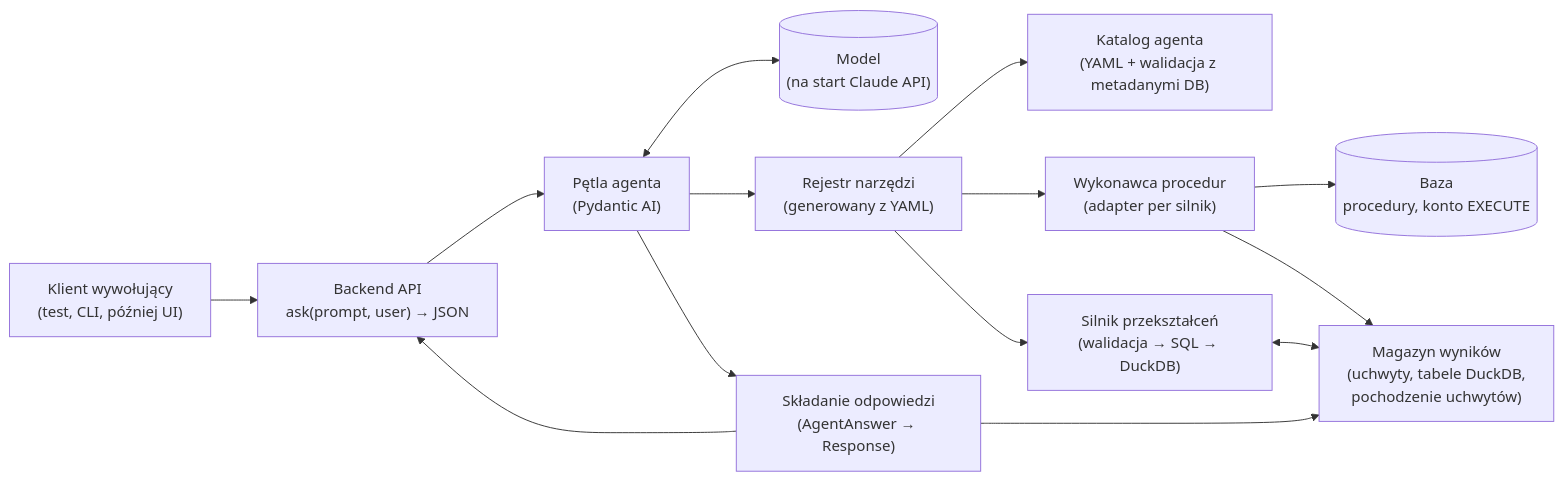
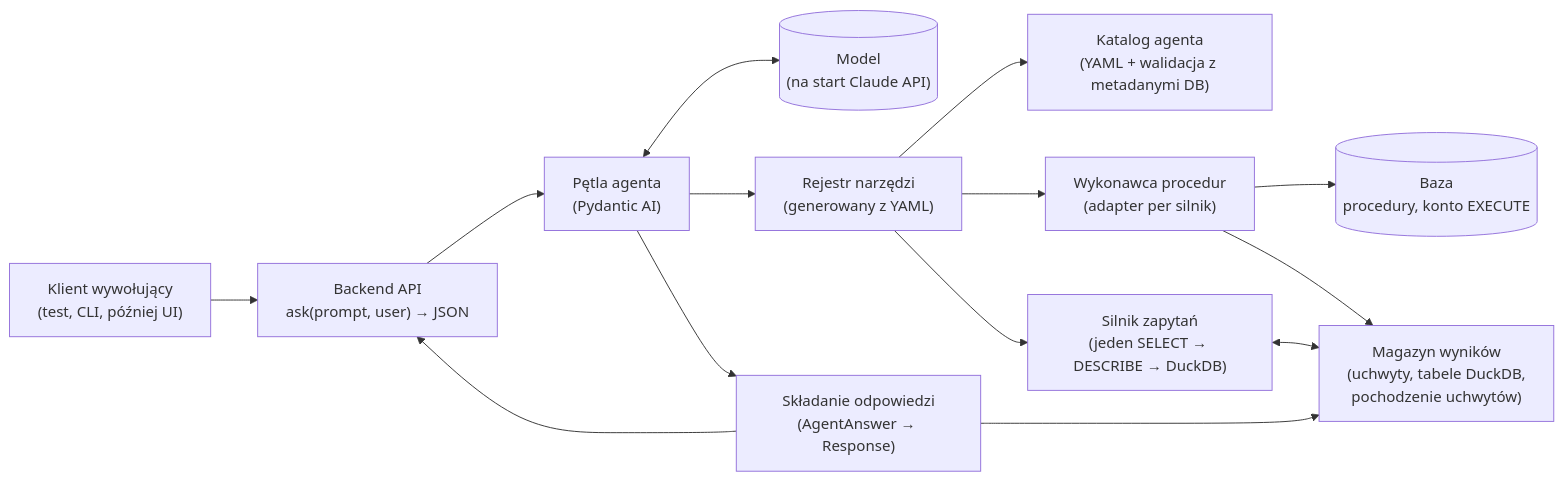
Before and after one commit to Pigula1984/data-concierge: the first of 2 diagrams in docs/architecture/001-architektura-data-concierge.md, drawn with Mermaid. The commit also changed other lines of this file and 33 other files, not shown here.

````diff
--- a/docs/architecture/001-architektura-data-concierge.md
+++ b/docs/architecture/001-architektura-data-concierge.md
@@ -63,25 +68,25 @@
 ```mermaid
 flowchart LR
     C["Klient wywołujący<br/>(test, CLI, później UI)"]
     API["Backend API<br/>ask(prompt, user) → JSON"]
     LOOP["Pętla agenta<br/>(Pydantic AI)"]
     LLM[("Model<br/>(na start Claude API)")]
     REG["Rejestr narzędzi<br/>(generowany z YAML)"]
     CAT["Katalog agenta<br/>(YAML + walidacja z metadanymi DB)"]
     EXE["Wykonawca procedur<br/>(adapter per silnik)"]
     DB[("Baza<br/>procedury, konto EXECUTE")]
     RS["Magazyn wyników<br/>(uchwyty, tabele DuckDB,<br/>pochodzenie uchwytów)"]
-    TR["Silnik przekształceń<br/>(walidacja → SQL → DuckDB)"]
+    QE["Silnik zapytań<br/>(jeden SELECT → DESCRIBE → DuckDB)"]
     OUT["Składanie odpowiedzi<br/>(AgentAnswer → Response)"]
 
     C --> API --> LOOP
     LOOP <--> LLM
     LOOP --> REG
     REG --> CAT
     REG --> EXE --> DB
     EXE --> RS
-    REG --> TR <--> RS
+    REG --> QE <--> RS
     LOOP --> OUT
     OUT --> RS
     OUT --> API
 ```
````
